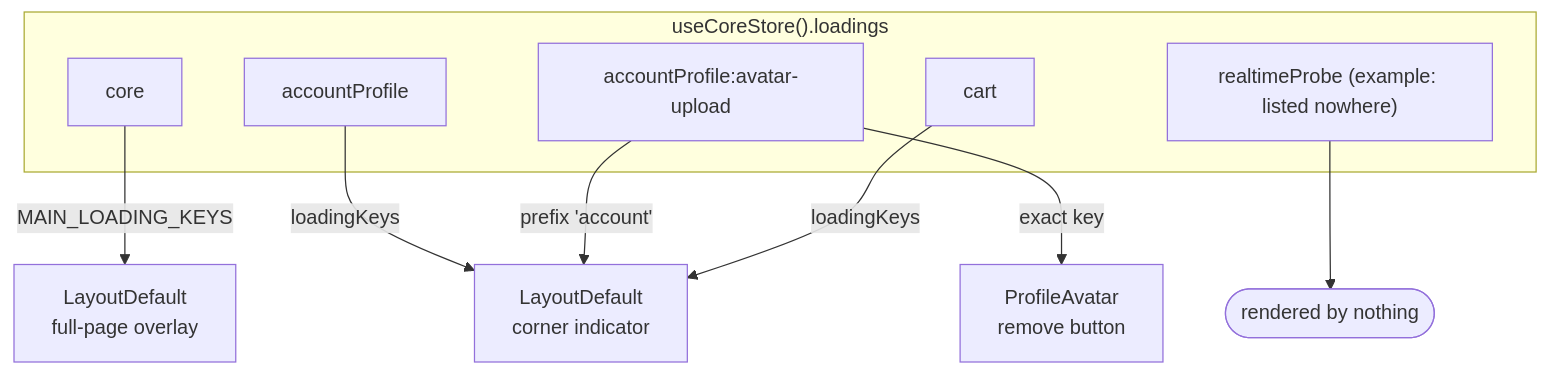
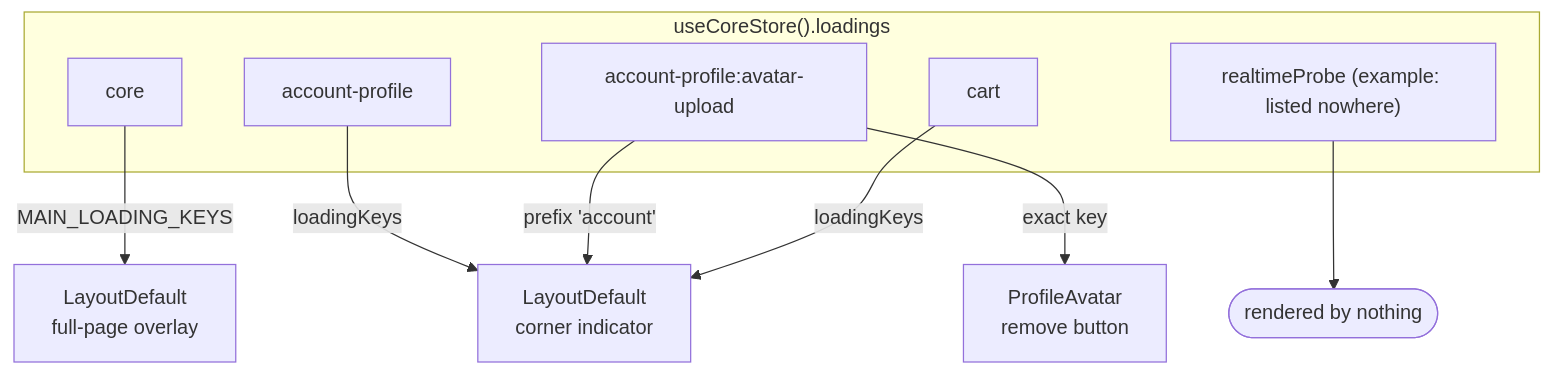
Before and after one commit to Guebbit/boilerplate-vue-frontend: the diagram in docs/theory/loading-state.md, drawn with Mermaid. The commit also changed other lines of this file and 91 other files, not shown here.

````diff
--- a/docs/theory/loading-state.md
+++ b/docs/theory/loading-state.md
@@ -42,22 +42,22 @@
 ```mermaid
 flowchart TB
     subgraph Dict ["useCoreStore().loadings"]
         K1["core"]
-        K2["accountProfile"]
-        K3["accountProfile:avatar-upload"]
+        K2["account-profile"]
+        K3["account-profile:avatar-upload"]
         K4["cart"]
         K5["realtimeProbe (example: listed nowhere)"]
     end
 
     Overlay["LayoutDefault\nfull-page overlay"]
     Corner["LayoutDefault\ncorner indicator"]
     Button["ProfileAvatar\nremove button"]
     Silent(["rendered by nothing"])
 
     K1 -->|MAIN_LOADING_KEYS| Overlay
     K2 -->|"loadingKeys"| Corner
     K3 -->|prefix 'account'| Corner
     K4 -->|"loadingKeys"| Corner
     K3 -->|exact key| Button
     K5 --> Silent
 ```
````
